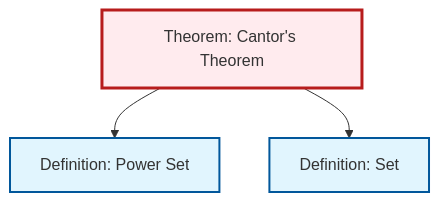
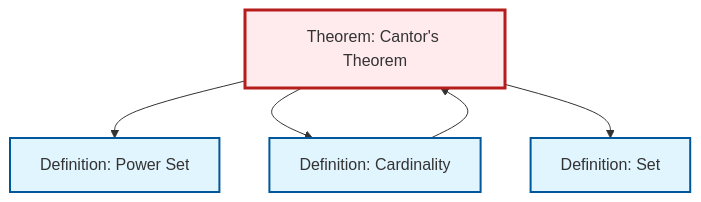
Before and after one commit to RK0429/ModernMath: the second of 2 diagrams in content/en/logic-set-theory/thm-cantor.qmd, drawn with Mermaid. The commit also changed 581 other files, not shown here.

````diff
--- a/content/en/logic-set-theory/thm-cantor.qmd
+++ b/content/en/logic-set-theory/thm-cantor.qmd
@@ -71,17 +71,21 @@
 ```{mermaid}
 %%| fig-cap: "Local dependency graph"
 graph TD
     classDef definition fill:#e1f5fe,stroke:#01579b,stroke-width:2px
     classDef theorem fill:#f3e5f5,stroke:#4a148c,stroke-width:2px
     classDef axiom fill:#fff3e0,stroke:#e65100,stroke-width:2px
     classDef example fill:#e8f5e9,stroke:#1b5e20,stroke-width:2px
     classDef current fill:#ffebee,stroke:#b71c1c,stroke-width:3px
     def-power-set["Definition: Power Set"]:::definition
+    thm-cantor["Theorem: Cantor's Theorem"]:::theorem
+    def-cardinality["Definition: Cardinality"]:::definition
     def-set["Definition: Set"]:::definition
-    thm-cantor["Theorem: Cantor's Theorem"]:::theorem
     thm-cantor --> def-power-set
+    thm-cantor --> def-cardinality
+    def-cardinality --> thm-cantor
     thm-cantor --> def-set
     class thm-cantor current
     click def-power-set "def-power-set.html" "Go to Power Set definition"
+    click def-cardinality "def-cardinality.html" "Go to Cardinality definition"
     click def-set "def-set.html" "Go to Set definition"
 ```
````
